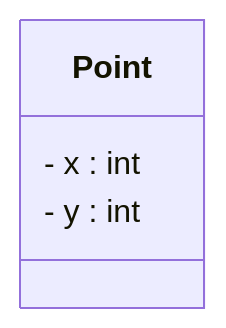
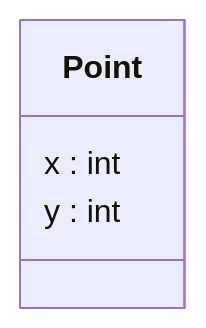
One commit to rezakaziz/programmation-cours changed the first of 2 diagrams in cours/02/pages/objet.md. Above: the diagram before and after it, drawn with Mermaid. The commit also changed other lines of this file and 9 other files, not shown here.

````diff
--- a/cours/02/pages/objet.md
+++ b/cours/02/pages/objet.md
@@ -15,7 +15,7 @@
 ```mermaid {theme: 'neutral', scale: 0.72}
 classDiagram
     class Point {
-        - x : int
-        - y : int
+        x : int
+        y : int
     }
 ```
````
